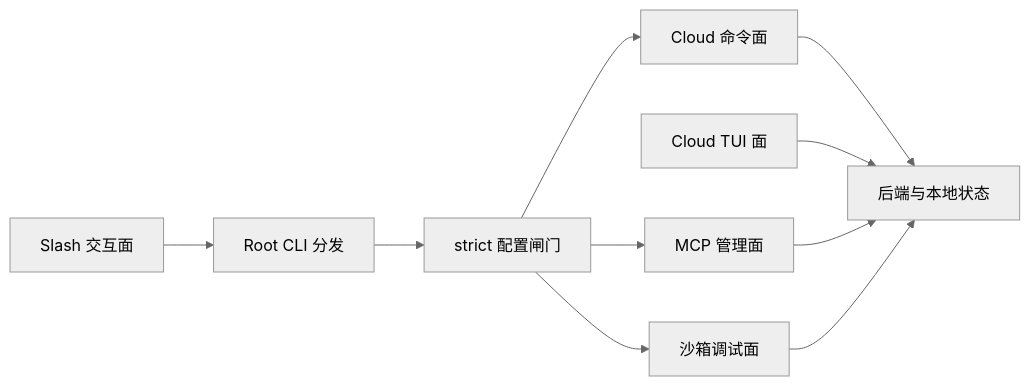
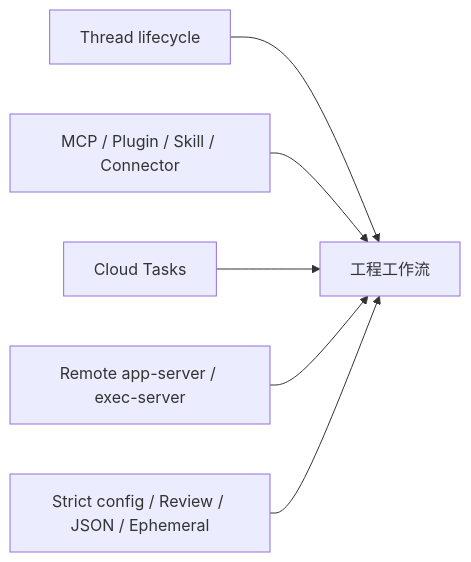
One commit to GLBB/codex-source-analysis changed the diagram in Part I Principles and Usage/05-高级使用方法.md. Above: the diagram before and after it, drawn with Mermaid. The commit also changed other lines of this file and 49 other files, not shown here.

````diff
--- a/Part I Principles and Usage/05-高级使用方法.md
+++ b/Part I Principles and Usage/05-高级使用方法.md
@@ -211,22 +15,8 @@
 ```mermaid
-%%{init:{'theme':'neutral','themeVariables':{'background':'#ffffff'}}}%%
 flowchart LR
-    rootCli["Root CLI 分发"]
-    strictGate["strict 配置闸门"]
-    cloudCmd["Cloud 命令面"]
-    cloudTui["Cloud TUI 面"]
-    mcpCmd["MCP 管理面"]
-    sandboxDbg["沙箱调试面"]
-    slashUi["Slash 交互面"]
-    backend["后端与本地状态"]
-
-    rootCli --> strictGate
-    strictGate --> cloudCmd
-    strictGate --> mcpCmd
-    strictGate --> sandboxDbg
-    cloudCmd --> backend
-    cloudTui --> backend
-    mcpCmd --> backend
-    sandboxDbg --> backend
-    slashUi --> rootCli
+    Thread["Thread lifecycle"] --> Workflow["工程工作流"]
+    Extension["MCP / Plugin / Skill / Connector"] --> Workflow
+    Cloud["Cloud Tasks"] --> Workflow
+    Remote["Remote app-server / exec-server"] --> Workflow
+    Control["Strict config / Review / JSON / Ephemeral"] --> Workflow
 ```
````
